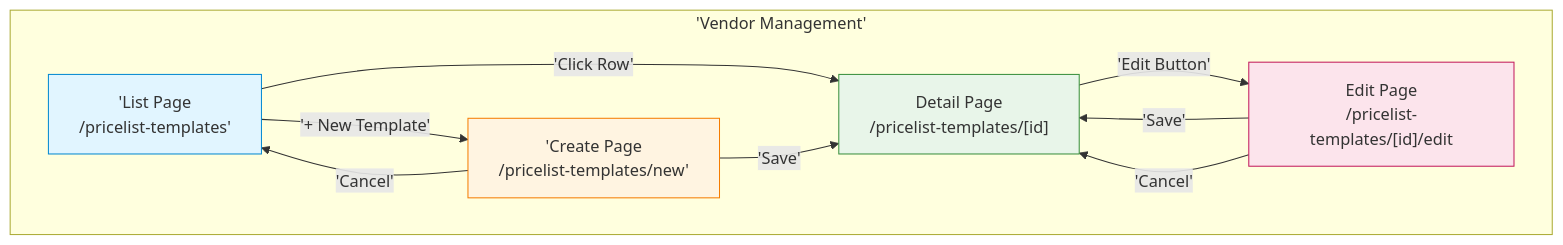
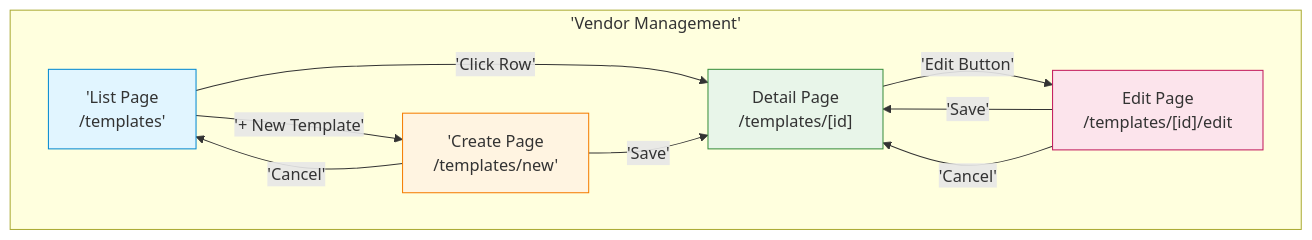
Before and after one commit to PeakMNA/carmen: the first of 2 diagrams in docs/app/vendor-management/pricelist-templates/TS-pricelist-templates.md, drawn with Mermaid. The commit also changed other lines of this file and 473 other files, not shown here.

````diff
--- a/docs/app/vendor-management/pricelist-templates/TS-pricelist-templates.md
+++ b/docs/app/vendor-management/pricelist-templates/TS-pricelist-templates.md
@@ -58,22 +65,22 @@
 ```mermaid
 graph TD
     subgraph VendorManagement['Vendor Management']
-        ListPage['List Page<br>/pricelist-templates']
-        CreatePage['Create Page<br>/pricelist-templates/new']
-        DetailPage["Detail Page<br>/pricelist-templates/[id]"]
-        EditPage["Edit Page<br>/pricelist-templates/[id]/edit"]
+        ListPage['List Page<br>/templates']
+        CreatePage['Create Page<br>/templates/new']
+        DetailPage["Detail Page<br>/templates/[id]"]
+        EditPage["Edit Page<br>/templates/[id]/edit"]
     end
 
     ListPage -->|'+ New Template'| CreatePage
     ListPage -->|'Click Row'| DetailPage
     DetailPage -->|'Edit Button'| EditPage
     CreatePage -->|'Save'| DetailPage
     EditPage -->|'Save'| DetailPage
     CreatePage -->|'Cancel'| ListPage
     EditPage -->|'Cancel'| DetailPage
 
     style ListPage fill:#e1f5ff,stroke:#0288d1
     style CreatePage fill:#fff4e1,stroke:#f57c00
     style DetailPage fill:#e8f5e9,stroke:#388e3c
     style EditPage fill:#fce4ec,stroke:#c2185b
 ```
````
